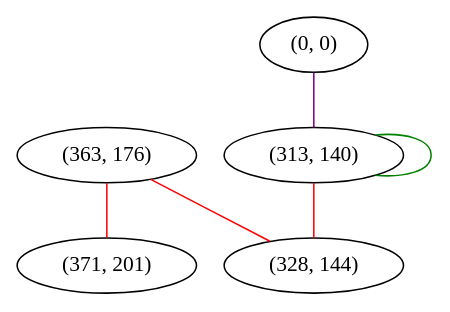
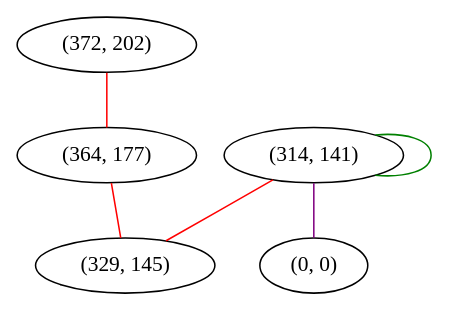
Before and after one commit to FelixMcFelix/sip-for-cv-paper: the diagram in graphviz/open-sans/Q-up.gv, drawn with Graphviz. The commit also changed 555006 other files, not shown here.

```diff
--- a/graphviz/open-sans/Q-up.gv
+++ b/graphviz/open-sans/Q-up.gv
@@ -1,12 +1,12 @@
 graph "" {
-"(363, 176)";
+"(372, 202)";
+"(314, 141)";
 "(0, 0)";
-"(371, 201)";
-"(313, 140)";
-"(328, 144)";
-"(363, 176)" -- "(371, 201)"  [color=red, key=0, weight=1];
-"(363, 176)" -- "(328, 144)"  [color=red, key=0, weight=1];
-"(0, 0)" -- "(313, 140)"  [color=purple, key=0, weight=4];
-"(313, 140)" -- "(328, 144)"  [color=red, key=0, weight=1];
-"(313, 140)" -- "(313, 140)"  [color=green, key=0, weight=2];
+"(364, 177)";
+"(329, 145)";
+"(372, 202)" -- "(364, 177)"  [color=red, key=0, weight=1];
+"(314, 141)" -- "(314, 141)"  [color=green, key=0, weight=2];
+"(314, 141)" -- "(0, 0)"  [color=purple, key=0, weight=4];
+"(314, 141)" -- "(329, 145)"  [color=red, key=0, weight=1];
+"(364, 177)" -- "(329, 145)"  [color=red, key=0, weight=1];
 }
```
